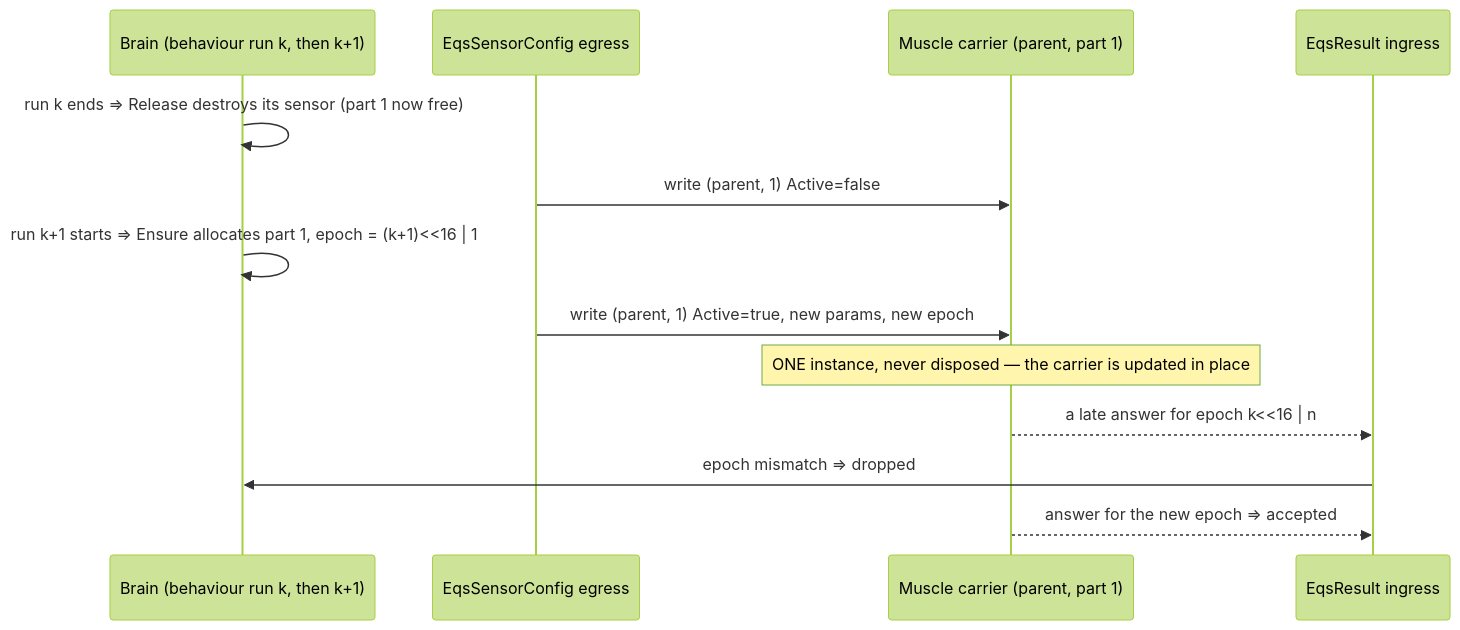
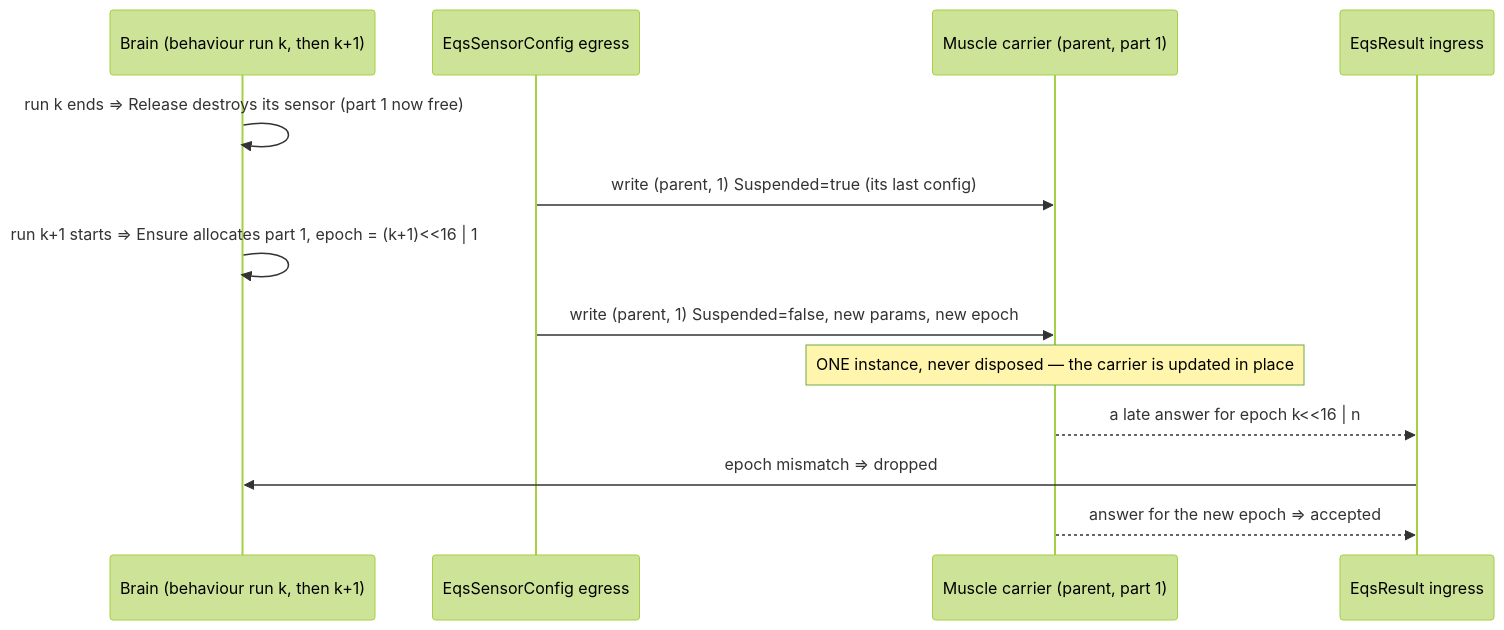
Before and after one commit to pjanec/HROT: the third of 4 diagrams in docs/blueprints/DESIGN_Behaviour_Fault_And_Teardown.md, drawn with Mermaid (forest theme). The commit also changed other lines of this file and 12 other files, not shown here.

````diff
--- a/docs/blueprints/DESIGN_Behaviour_Fault_And_Teardown.md
+++ b/docs/blueprints/DESIGN_Behaviour_Fault_And_Teardown.md
@@ -237,15 +238,15 @@
 ```mermaid
 sequenceDiagram
   participant B as Brain (behaviour run k, then k+1)
   participant CE as EqsSensorConfig egress
   participant M as Muscle carrier (parent, part 1)
   participant RI as EqsResult ingress
   B->>B: run k ends ⇒ Release destroys its sensor (part 1 now free)
-  CE->>M: write (parent, 1) Active=false
+  CE->>M: write (parent, 1) Suspended=true (its last config)
   B->>B: run k+1 starts ⇒ Ensure allocates part 1, epoch = (k+1)<<16 | 1
-  CE->>M: write (parent, 1) Active=true, new params, new epoch
+  CE->>M: write (parent, 1) Suspended=false, new params, new epoch
   Note over M: ONE instance, never disposed — the carrier is updated in place
   M-->>RI: a late answer for epoch k<<16 | n
   RI->>B: epoch mismatch ⇒ dropped
   M-->>RI: answer for the new epoch ⇒ accepted
 ```
````
